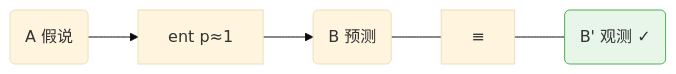
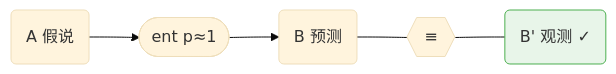
The first of 10 diagrams in docs/foundations/theory/science-formalization.md (SiliconEinstein/Gaia), drawn with Mermaid (base theme) before and after one commit. The commit also changed other lines of this file, not shown here.

First line of the commit message:
docs: unify Mermaid shape conventions — stadium factors, hexagon bindings

````diff
--- a/docs/foundations/theory/science-formalization.md
+++ b/docs/foundations/theory/science-formalization.md
@@ -59,8 +59,8 @@
 ```mermaid
 graph LR
-    A("A 假说") --> f["ent p≈1"] --> B("B 预测")
-    B --- eq["≡"] --- Bp("B' 观测 ✓")
+    A("A 假说") --> f(["ent p≈1"]) --> B("B 预测")
+    B --- eq{{"≡"}} --- Bp("B' 观测 ✓")
 
     classDef obs fill:#e8f5e9,stroke:#4caf50
     class Bp obs
 ```
````
